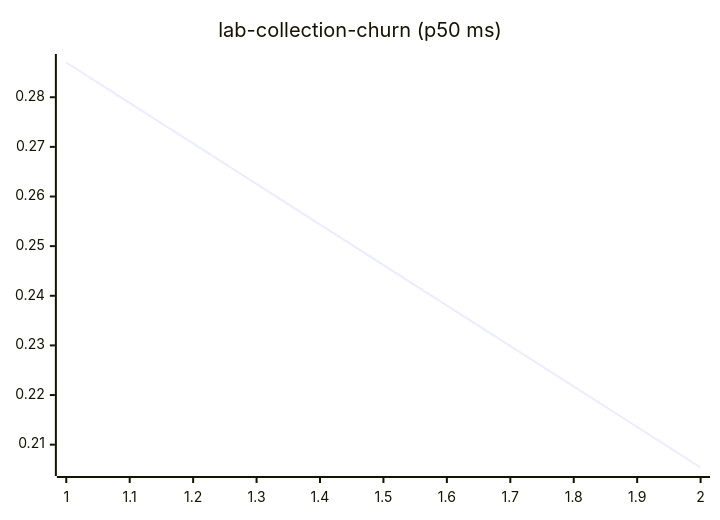
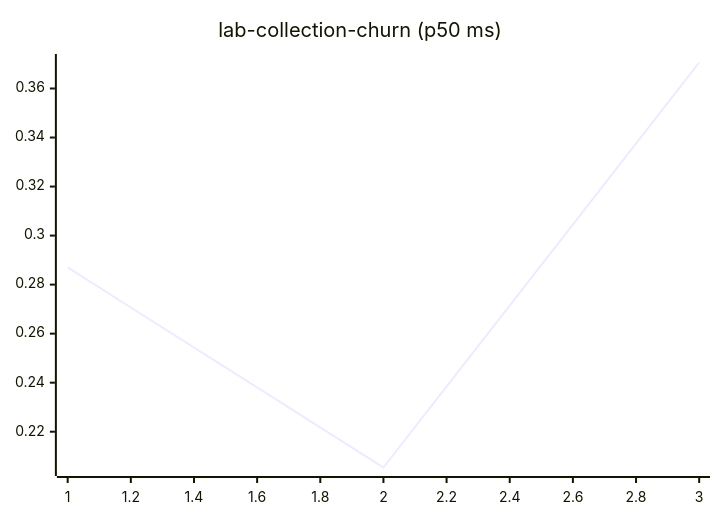
Before and after one commit to josha/Facet: diagram 11 of 27 in README.md, drawn with Mermaid. The commit also changed other lines of this file and 2 other files, not shown here.

````diff
--- a/README.md
+++ b/README.md
@@ -133,6 +133,6 @@
 ```mermaid
 xychart-beta
     title "lab-collection-churn (p50 ms)"
-    x-axis 1 --> 2
-    line [0.2870, 0.2054]
+    x-axis 1 --> 3
+    line [0.2870, 0.2054, 0.3706]
 ```
````
